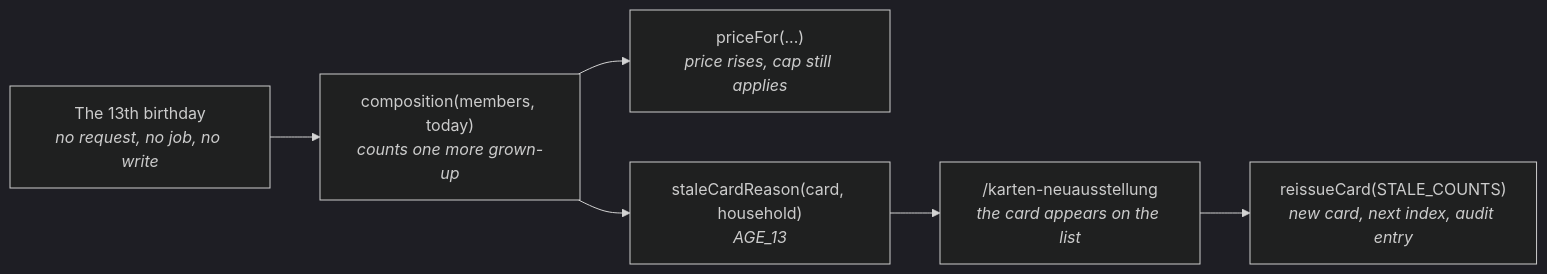
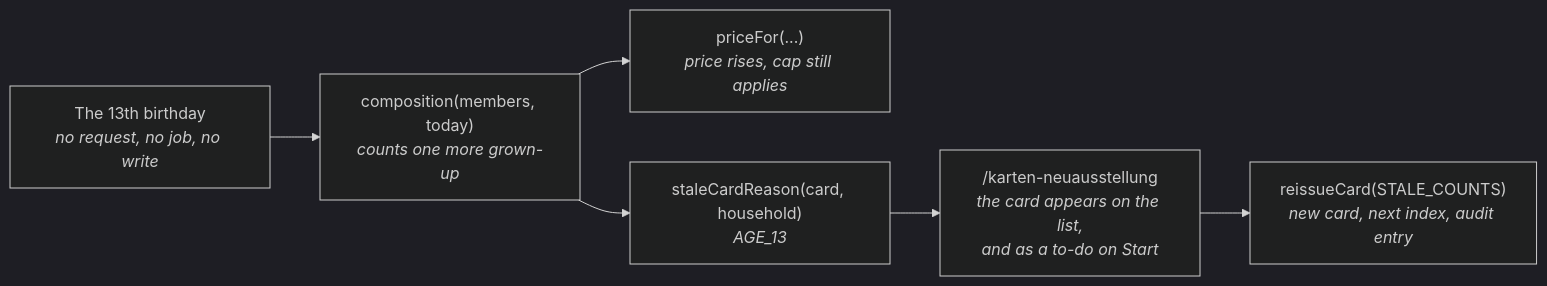
Before and after one commit to Lin0pan/FD-management: the fourth of 4 diagrams in docs/architecture/06-runtime-view.md, drawn with Mermaid (dark theme). The commit also changed 32 other files, not shown here.

````diff
--- a/docs/architecture/06-runtime-view.md
+++ b/docs/architecture/06-runtime-view.md
@@ -193,12 +193,12 @@
 ```mermaid
 flowchart LR
     day["The 13th birthday<br/><i>no request, no job, no write</i>"]
     comp["composition(members, today)<br/><i>counts one more grown-up</i>"]
     price["priceFor(...)<br/><i>price rises, cap still applies</i>"]
     stale["staleCardReason(card, household)<br/><i>AGE_13</i>"]
-    list["/karten-neuausstellung<br/><i>the card appears on the list</i>"]
+    list["/karten-neuausstellung<br/><i>the card appears on the list,<br/>and as a to-do on Start</i>"]
     reissue["reissueCard(STALE_COUNTS)<br/><i>new card, next index, audit entry</i>"]
 
     day --> comp --> price
     comp --> stale --> list --> reissue
 ```
````
